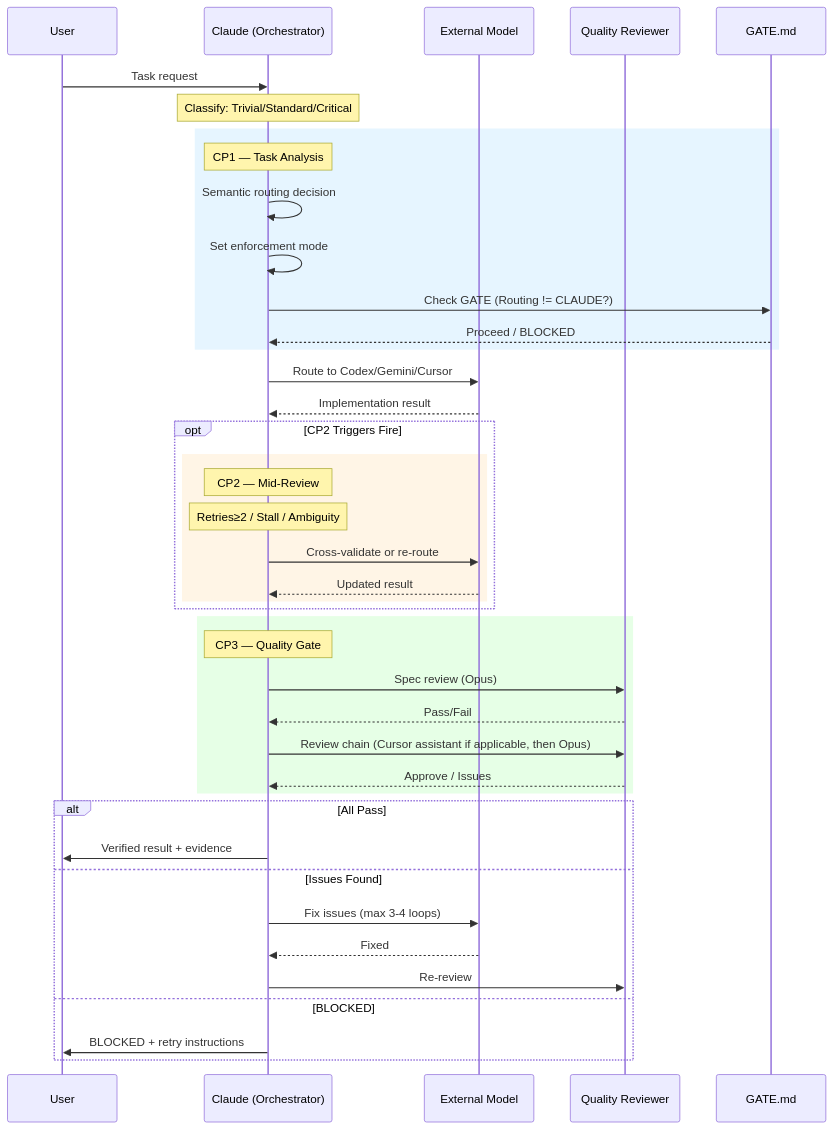
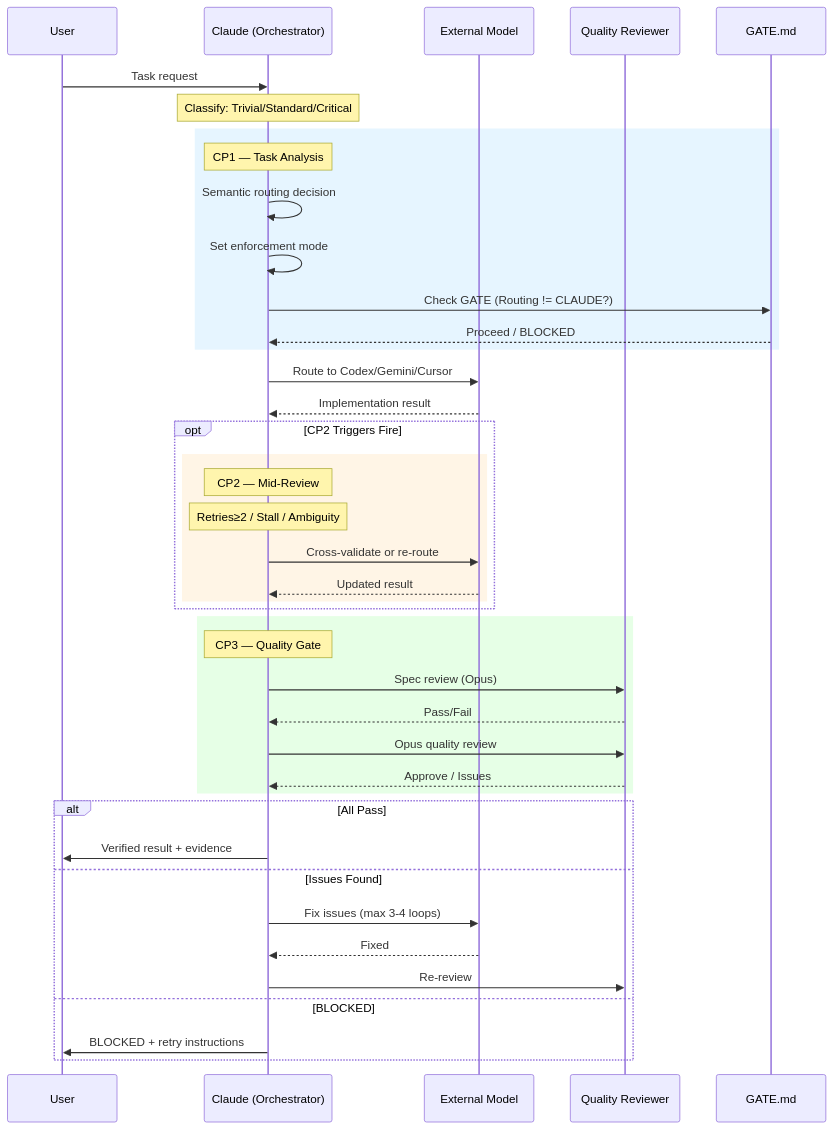
One commit to sitien173/refract changed the fourth of 6 diagrams in plugin/docs/diagrams/cccg-workflow-architecture.md. Above: the diagram before and after it, drawn with Mermaid. The commit also changed other lines of this file and 23 other files, not shown here.

````diff
--- a/plugin/docs/diagrams/cccg-workflow-architecture.md
+++ b/plugin/docs/diagrams/cccg-workflow-architecture.md
@@ -156,49 +150,49 @@
 ```mermaid
 sequenceDiagram
     participant U as User
     participant C as Claude (Orchestrator)
     participant M as External Model
     participant R as Quality Reviewer
     participant G as GATE.md
 
     U->>C: Task request
     Note over C: Classify: Trivial/Standard/Critical
 
     rect rgb(230, 245, 255)
         Note over C: CP1 — Task Analysis
         C->>C: Semantic routing decision
         C->>C: Set enforcement mode
         C->>G: Check GATE (Routing != CLAUDE?)
         G-->>C: Proceed / BLOCKED
     end
 
     C->>M: Route to Codex/Gemini/Cursor
     M-->>C: Implementation result
 
     opt CP2 Triggers Fire
         rect rgb(255, 245, 230)
             Note over C: CP2 — Mid-Review
             Note over C: Retries≥2 / Stall / Ambiguity
             C->>M: Cross-validate or re-route
             M-->>C: Updated result
         end
     end
 
     rect rgb(230, 255, 230)
         Note over C: CP3 — Quality Gate
         C->>R: Spec review (Opus)
         R-->>C: Pass/Fail
-        C->>R: Review chain (Cursor assistant if applicable, then Opus)
+        C->>R: Opus quality review
         R-->>C: Approve / Issues
     end
 
     alt All Pass
         C->>U: Verified result + evidence
     else Issues Found
         C->>M: Fix issues (max 3-4 loops)
         M-->>C: Fixed
         C->>R: Re-review
     else BLOCKED
         C->>U: BLOCKED + retry instructions
     end
 ```
````
